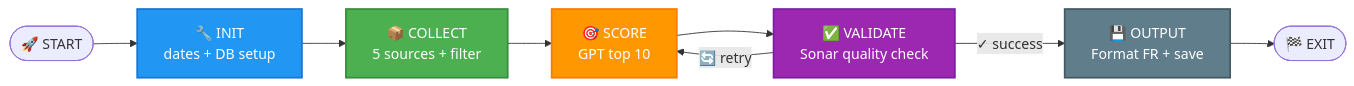
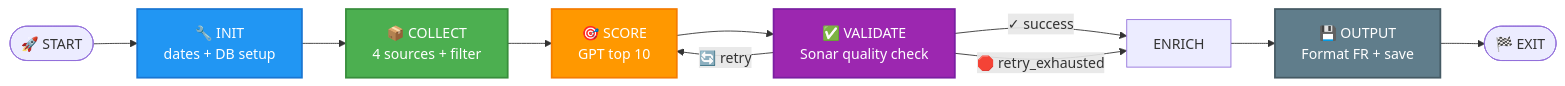
One commit to FranckDubray/dragonfly-mcp-server changed the first of 2 diagrams in workers/ai_curation/README.md. Above: the diagram before and after it, drawn with Mermaid. The commit also changed other lines of this file and 70 other files, not shown here.

````diff
--- a/workers/ai_curation/README.md
+++ b/workers/ai_curation/README.md
@@ -61,30 +60,32 @@
 ```mermaid
 graph LR
   START([🚀 START])
   INIT[🔧 INIT<br>dates + DB setup]
-  COLLECT[📦 COLLECT<br>5 sources + filter]
+  COLLECT[📦 COLLECT<br>4 sources + filter]
   SCORE[🎯 SCORE<br>GPT top 10]
   VALIDATE[✅ VALIDATE<br>Sonar quality check]
   OUTPUT[💾 OUTPUT<br>Format FR + save]
   EXIT([🏁 EXIT])
   
   START-->INIT
   INIT-->COLLECT
   COLLECT-->SCORE
   SCORE-->VALIDATE
   VALIDATE-->|🔄 retry|SCORE
-  VALIDATE-->|✓ success|OUTPUT
+  VALIDATE-->|✓ success|ENRICH
+  VALIDATE-->|🛑 retry_exhausted|ENRICH
+  ENRICH-->OUTPUT
   OUTPUT-->EXIT
   
   class INIT init
   class COLLECT collect
   class SCORE score
   class VALIDATE validate
   class OUTPUT output
   
   classDef init fill:#2196F3,stroke:#1976D2,stroke-width:2px,color:#fff
   classDef collect fill:#4CAF50,stroke:#388E3C,stroke-width:2px,color:#fff
   classDef score fill:#FF9800,stroke:#F57C00,stroke-width:2px,color:#fff
   classDef validate fill:#9C27B0,stroke:#7B1FA2,stroke-width:2px,color:#fff
   classDef output fill:#607D8B,stroke:#455A64,stroke-width:2px,color:#fff
 ```
````
